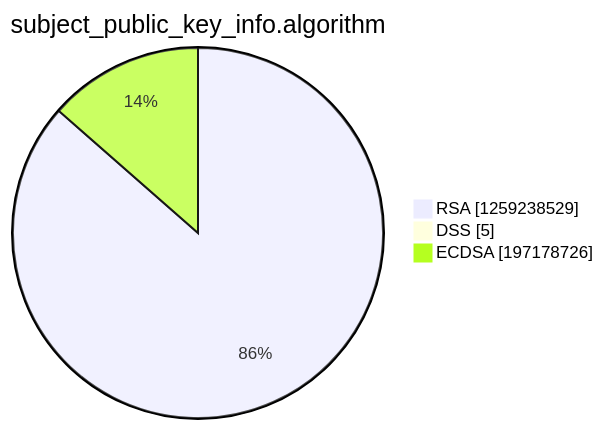
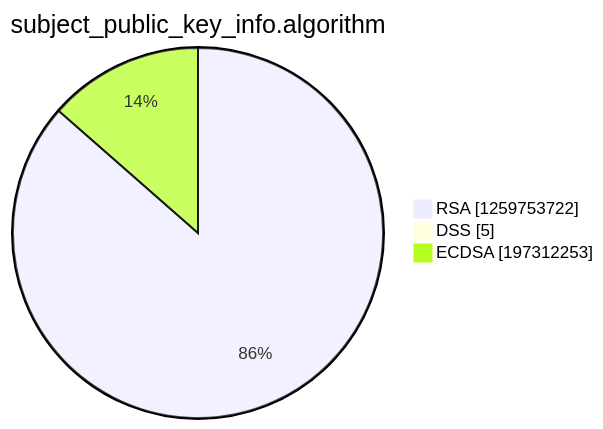
The third of 15 diagrams in argon2022/README.md (christiankrug/ctmonitor_visualization), drawn with Mermaid before and after one commit. The commit also changed other lines of this file, not shown here.

````diff
--- a/argon2022/README.md
+++ b/argon2022/README.md
@@ -14,7 +14,7 @@
 ```mermaid
 pie showData
 title subject_public_key_info.algorithm
-"RSA" :1259238529
+"RSA" :1259753722
 "DSS" :5
-"ECDSA" :197178726
+"ECDSA" :197312253
 ```
````
